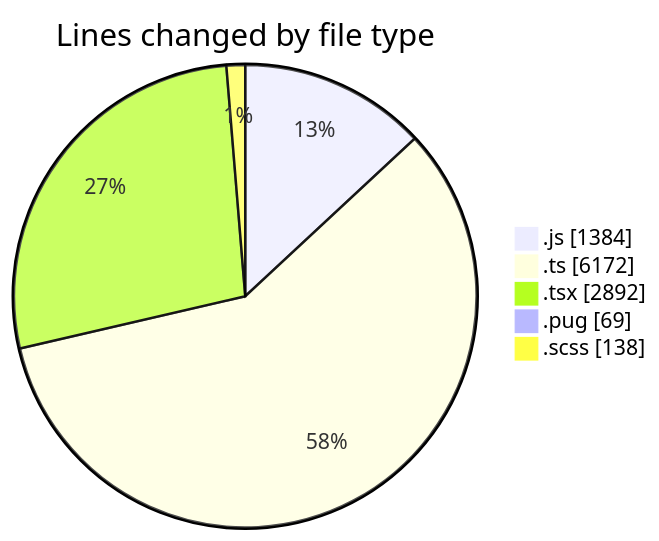
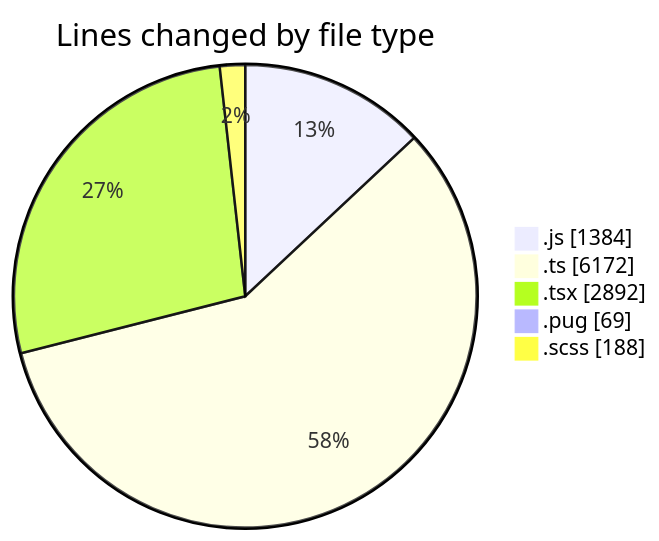
The first of 2 diagrams in 2025-03-25/cda/README.md (momahboobian/code-tracking), drawn with Mermaid before and after one commit. The commit also changed other lines of this file and 1 other file, not shown here.

````diff
--- a/2025-03-25/cda/README.md
+++ b/2025-03-25/cda/README.md
@@ -39,9 +40,9 @@
 ```mermaid
 pie showData
 title Lines changed by file type
 ".js" : 1384
 ".ts" : 6172
 ".tsx" : 2892
 ".pug" : 69
-".scss" : 138
+".scss" : 188
 ```
````
